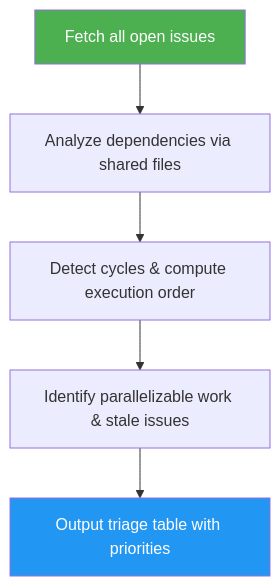
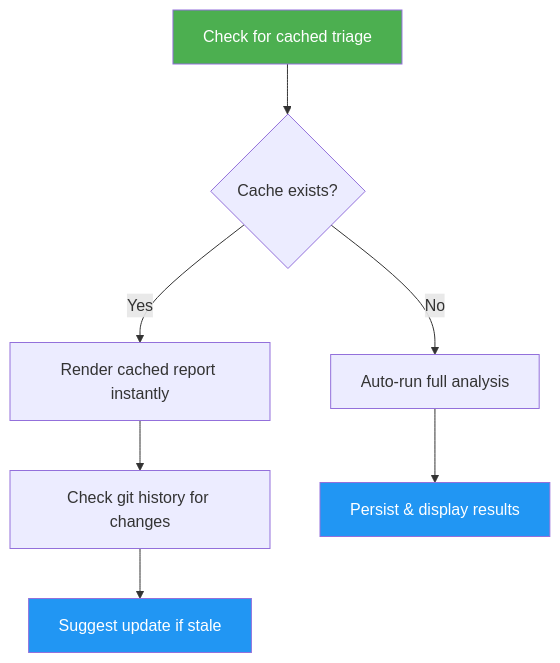
Before and after one commit to luongnv89/idd: the diagram in skills/issue-triage/README.md, drawn with Mermaid. The commit also changed other lines of this file and 2 other files, not shown here.

Commit message:
refactor(issue-triage): make view the default mode, remove /view subcommand
Default `/issue-triage` now instantly shows cached .gitissue/triage.json
instead of running a full GitHub API analysis. Auto-generates on first run
if no cache exists. Suggests update based on local git history but never
auto-updates. Full re-analysis only via explicit `/issue-triage update`.

Removes the redundant `/issue-triage view` subcommand. Bumps to v0.2.0.

````diff
--- a/skills/issue-triage/README.md
+++ b/skills/issue-triage/README.md
@@ -28,9 +27,12 @@
 ```mermaid
 graph TD
-    A["Fetch all open issues"] --> B["Analyze dependencies via shared files"]
-    B --> C["Detect cycles & compute execution order"]
-    C --> D["Identify parallelizable work & stale issues"]
-    D --> E["Output triage table with priorities"]
+    A["Check for cached triage"] --> B{"Cache exists?"}
+    B -- Yes --> C["Render cached report instantly"]
+    B -- No --> D["Auto-run full analysis"]
+    C --> E["Check git history for changes"]
+    E --> F["Suggest update if stale"]
+    D --> G["Persist & display results"]
     style A fill:#4CAF50,color:#fff
-    style E fill:#2196F3,color:#fff
+    style F fill:#2196F3,color:#fff
+    style G fill:#2196F3,color:#fff
 ```
````
